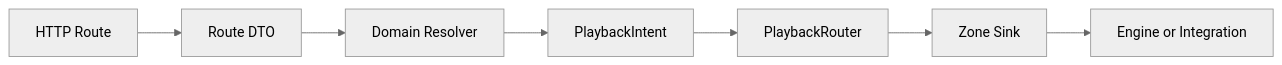
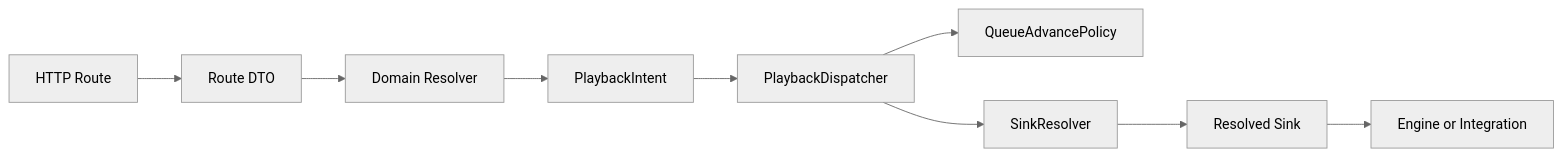
The first of 3 diagrams in docs/architecture.md (HenryM00RE/Fozmo), drawn with Mermaid (neutral theme) before and after one commit. The commit also changed other lines of this file and 28 other files, not shown here.

````diff
--- a/docs/architecture.md
+++ b/docs/architecture.md
@@ -56,9 +56,11 @@
 ```mermaid
 flowchart LR
   Route["HTTP Route"] --> Dto["Route DTO"]
   Dto --> Domain["Domain Resolver"]
   Domain --> Intent["PlaybackIntent"]
-  Intent --> Router["PlaybackRouter"]
-  Router --> Sink["Zone Sink"]
+  Intent --> Dispatcher["PlaybackDispatcher"]
+  Dispatcher --> Policy["QueueAdvancePolicy"]
+  Dispatcher --> Resolver["SinkResolver"]
+  Resolver --> Sink["Resolved Sink"]
   Sink --> Engine["Engine or Integration"]
 ```
````
